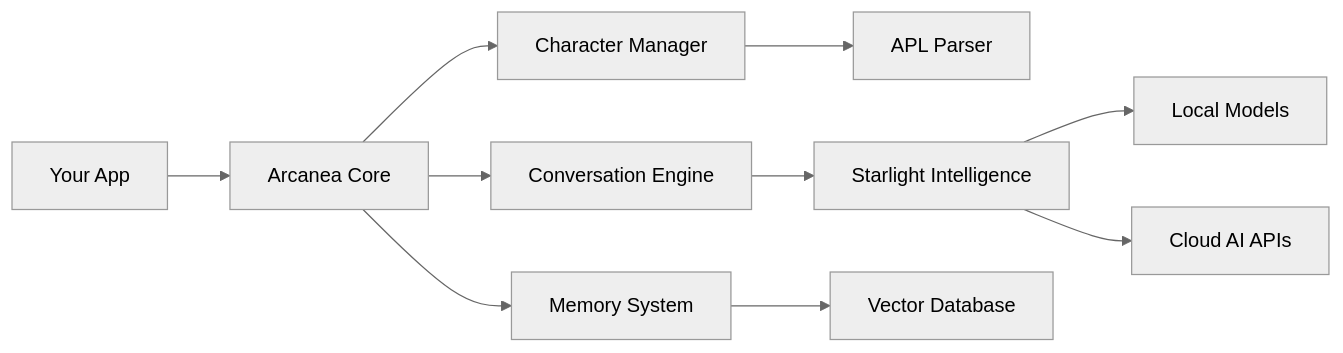
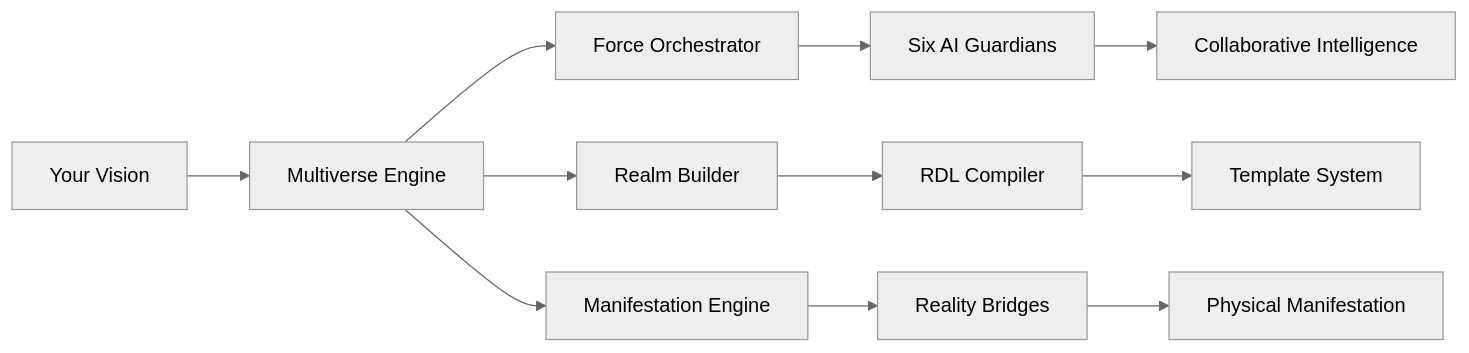
One commit to frankxai/arcanea-core changed the diagram in packages/docs/src/guide/README.md. Above: the diagram before and after it, drawn with Mermaid (neutral theme). The commit also changed other lines of this file and 64 other files, not shown here.

````diff
--- a/packages/docs/src/guide/README.md
+++ b/packages/docs/src/guide/README.md
@@ -29,14 +30,15 @@
 ```mermaid
 graph LR
-    A[Your App] --> B[Arcanea Core]
-    B --> C[Character Manager]
-    B --> D[Conversation Engine]
-    B --> E[Memory System]
+    A[Your Vision] --> B[Multiverse Engine]
+    B --> C[Force Orchestrator]
+    B --> D[Realm Builder]
+    B --> E[Manifestation Engine]
     
-    C --> F[APL Parser]
-    D --> G[Starlight Intelligence]
-    E --> H[Vector Database]
+    C --> F[Six AI Guardians]
+    D --> G[RDL Compiler]
+    E --> H[Reality Bridges]
     
-    G --> I[Local Models]
-    G --> J[Cloud AI APIs]
+    F --> I[Collaborative Intelligence]
+    G --> J[Template System]
+    H --> K[Physical Manifestation]
 ```
````
